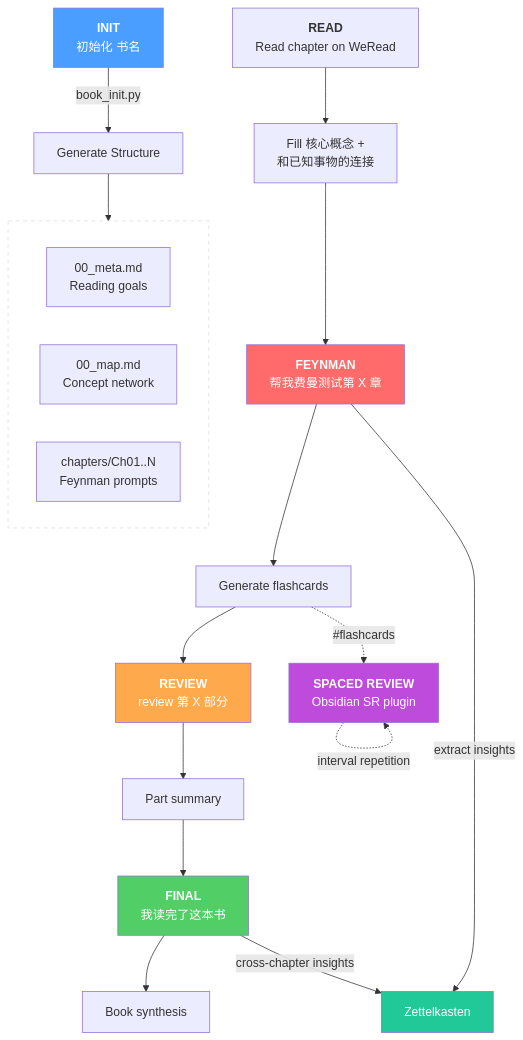
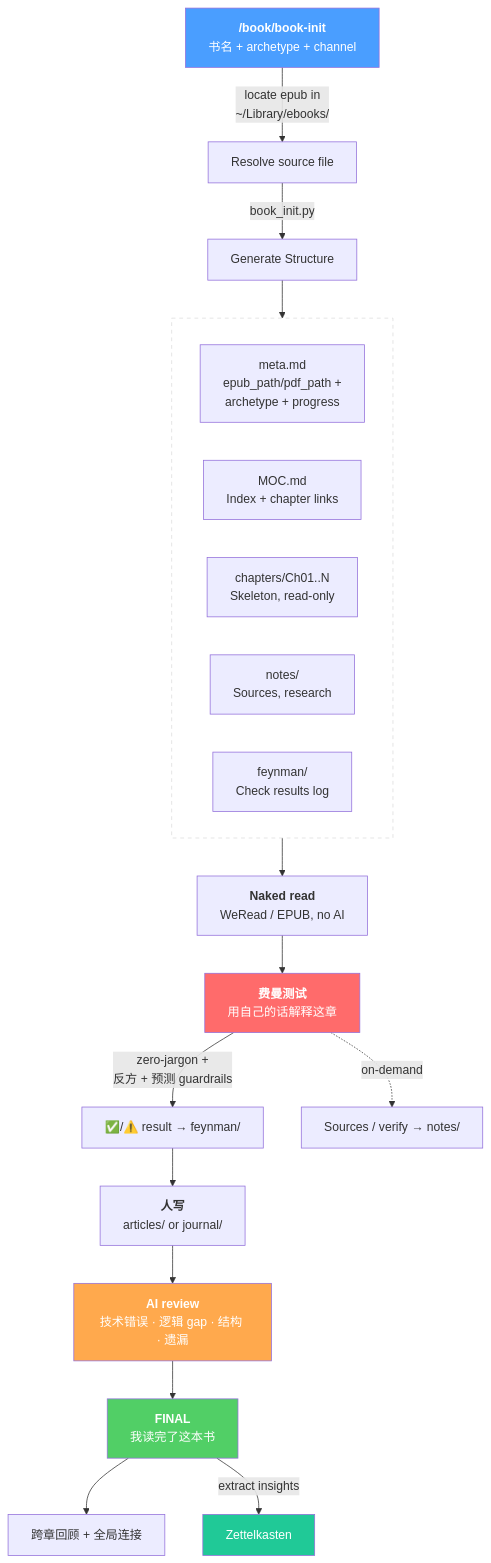
The second of 3 diagrams in README.md (yepengfan/obsidian-workflow), drawn with Mermaid before and after one commit. The commit also changed other lines of this file, not shown here.

````diff
--- a/README.md
+++ b/README.md
@@ -89,38 +95,37 @@
 ```mermaid
 graph TD
-    INIT["<b>INIT</b><br/>初始化 书名"]
-    INIT -->|book_init.py| GEN[Generate Structure]
+    INIT["<b>/book/book-init</b><br/>书名 + archetype + channel"]
+    INIT -->|locate epub in<br/>~/Library/ebooks/| LOCATE[Resolve source file]
+    LOCATE -->|book_init.py| GEN[Generate Structure]
 
     subgraph scaffold [" "]
         direction LR
-        META[00_meta.md<br/>Reading goals]
-        MAP[00_map.md<br/>Concept network]
-        CH[chapters/Ch01..N<br/>Feynman prompts]
+        META["meta.md<br/>epub_path/pdf_path +<br/>archetype + progress"]
+        MOC[MOC.md<br/>Index + chapter links]
+        CH[chapters/Ch01..N<br/>Skeleton, read-only]
+        NOTES[notes/<br/>Sources, research]
+        FEY_DIR[feynman/<br/>Check results log]
     end
     GEN --> scaffold
 
-    READ["<b>READ</b><br/>Read chapter on WeRead"]
-    READ --> FILL[Fill 核心概念 +<br/>和已知事物的连接]
+    READ["<b>Naked read</b><br/>WeRead / EPUB, no AI"]
+    scaffold --> READ
 
-    FILL --> FEYNMAN["<b>FEYNMAN</b><br/>帮我费曼测试第 X 章"]
-    FEYNMAN --> CARDS[Generate flashcards]
-    FEYNMAN -->|extract insights| ZK[Zettelkasten]
+    READ --> FEYNMAN["<b>费曼测试</b><br/>用自己的话解释这章"]
+    FEYNMAN -->|zero-jargon +<br/>反方 + 预测 guardrails| CHECK[✅/⚠️ result → feynman/]
+    FEYNMAN -.->|on-demand| RESEARCH[Sources / verify → notes/]
 
-    CARDS --> REVIEW["<b>REVIEW</b><br/>review 第 X 部分"]
-    REVIEW --> SUMMARY[Part summary]
+    CHECK --> WRITE["<b>人写</b><br/>articles/ or journal/"]
+    WRITE --> REVIEW["<b>AI review</b><br/>技术错误 · 逻辑 gap · 结构 · 遗漏"]
 
-    SUMMARY --> FINAL["<b>FINAL</b><br/>我读完了这本书"]
-    FINAL --> SYNTH[Book synthesis]
-    FINAL -->|cross-chapter insights| ZK
-
-    CARDS -.->|#flashcards| SR["<b>SPACED REVIEW</b><br/>Obsidian SR plugin"]
-    SR -.->|interval repetition| SR
+    REVIEW --> FINAL["<b>FINAL</b><br/>我读完了这本书"]
+    FINAL --> SYNTH[跨章回顾 + 全局连接]
+    FINAL -->|extract insights| ZK[Zettelkasten]
 
     style INIT fill:#4a9eff,color:#fff
     style FEYNMAN fill:#ff6b6b,color:#fff
     style REVIEW fill:#ffa94d,color:#fff
     style FINAL fill:#51cf66,color:#fff
-    style SR fill:#be4bdb,color:#fff
     style ZK fill:#20c997,color:#fff
     style scaffold fill:none,stroke:#ddd,stroke-dasharray:5
 ```
````
